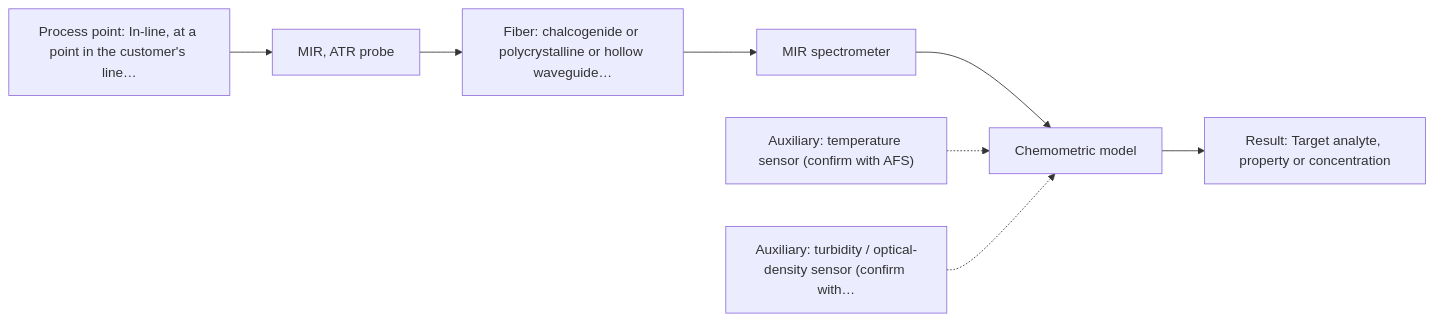
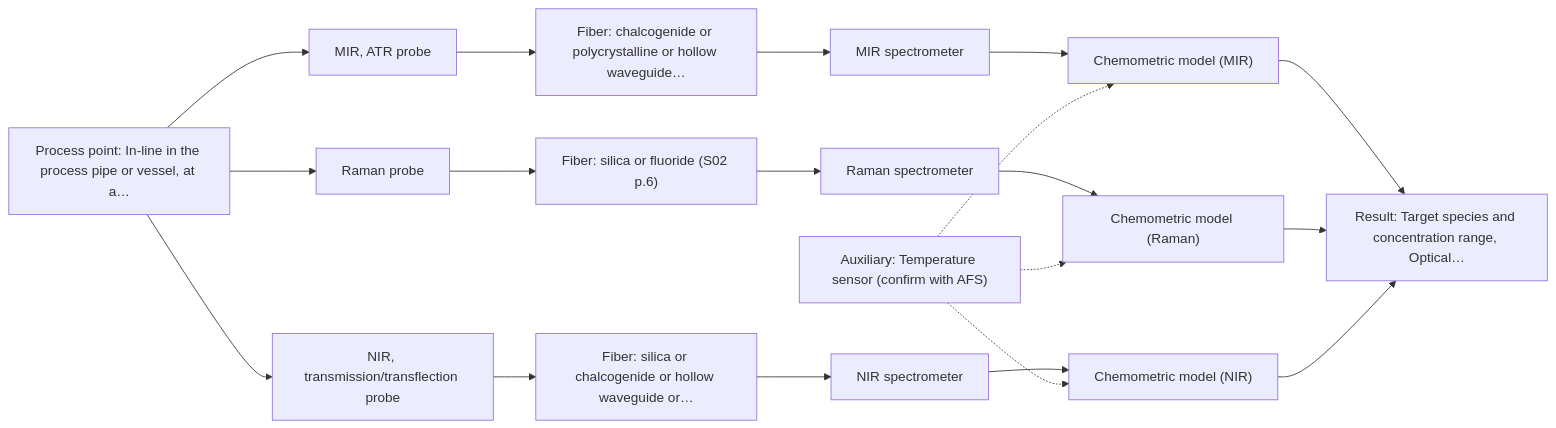
Before and after one commit to sleipnir029/Afs-Spectroscopy-Assistant: the first of 2 diagrams in outputs/adversarial/A06.md, drawn with Mermaid. The commit also changed other lines of this file and 41 other files, not shown here.

````diff
--- a/outputs/adversarial/A06.md
+++ b/outputs/adversarial/A06.md
@@ -38,18 +38,36 @@
 ```mermaid
 flowchart LR
-    proc["Process point: In-line, at a point in the customer's line…"]
+    proc["Process point: In-line in the process pipe or vessel, at a…"]
     probe1["MIR, ATR probe"]
     fiber1["Fiber: chalcogenide or polycrystalline or hollow waveguide…"]
     spec1["MIR spectrometer"]
-    model["Chemometric model"]
-    result["Result: Target analyte, property or concentration"]
-    aux1["Auxiliary: temperature sensor (confirm with AFS)"]
-    aux2["Auxiliary: turbidity / optical-density sensor (confirm with…"]
+    model1["Chemometric model (MIR)"]
+    probe2["Raman probe"]
+    fiber2["Fiber: silica or fluoride (S02 p.6)"]
+    spec2["Raman spectrometer"]
+    model2["Chemometric model (Raman)"]
+    probe3["NIR, transmission/transflection probe"]
+    fiber3["Fiber: silica or chalcogenide or hollow waveguide or…"]
+    spec3["NIR spectrometer"]
+    model3["Chemometric model (NIR)"]
+    result["Result: Target species and concentration range, Optical…"]
+    aux1["Auxiliary: Temperature sensor (confirm with AFS)"]
     proc --> probe1
     probe1 --> fiber1
     fiber1 --> spec1
-    spec1 --> model
-    model --> result
-    aux1 -.-> model
-    aux2 -.-> model
+    spec1 --> model1
+    proc --> probe2
+    probe2 --> fiber2
+    fiber2 --> spec2
+    spec2 --> model2
+    proc --> probe3
+    probe3 --> fiber3
+    fiber3 --> spec3
+    spec3 --> model3
+    model1 --> result
+    model2 --> result
+    model3 --> result
+    aux1 -.-> model1
+    aux1 -.-> model2
+    aux1 -.-> model3
 ```
````
